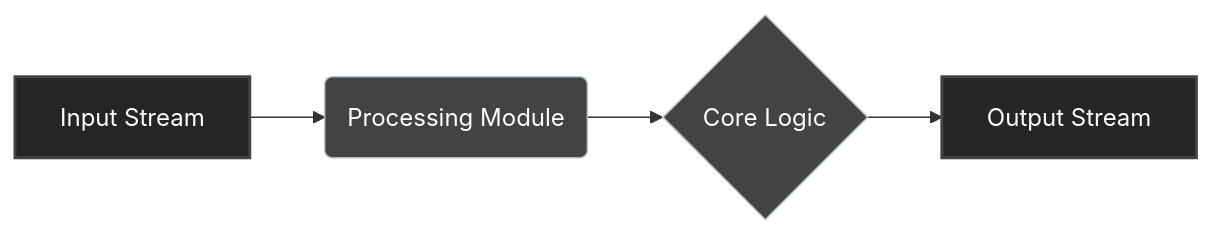
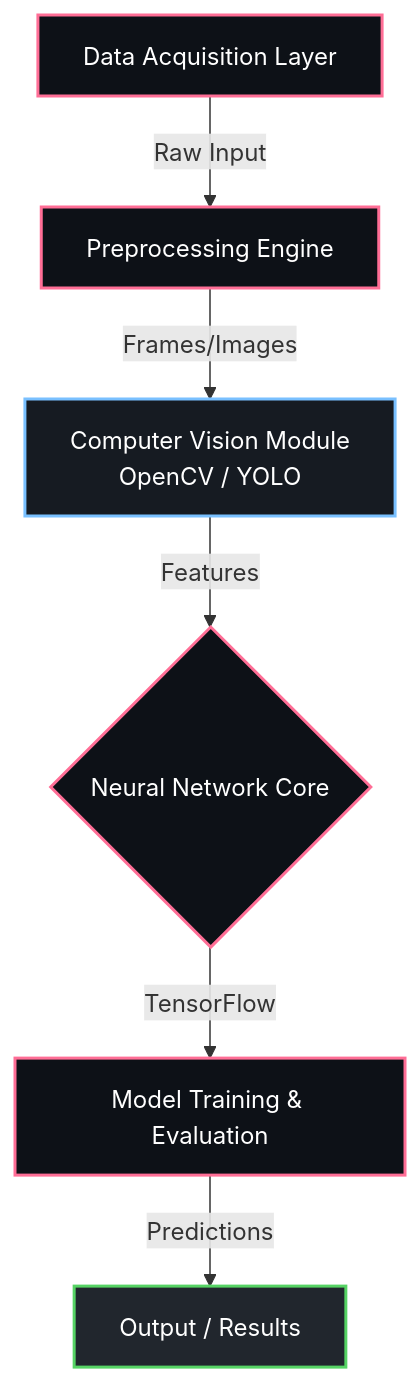
The diagram in README.md (Nytrynox/Gesture-Control-System), drawn with Mermaid before and after one commit. The commit also changed other lines of this file, not shown here.

Commit message:
docs: Deploy analyzed project-specific README with real architecture

````diff
--- a/README.md
+++ b/README.md
@@ -31,12 +30,16 @@
 ```mermaid
-graph LR;
-    A[Input Stream] --> B(Processing Module);
-    B --> C{Core Logic};
-    C --> D[Output Stream];
-    
-    classDef primary fill:#232526,stroke:#414345,stroke-width:2px,color:#fff;
-    classDef secondary fill:#414345,stroke:#b0bec5,stroke-width:1px,color:#fff;
-    
-    class A,D primary;
-    class B,C secondary;
+graph TD;
+    A["Data Acquisition Layer"] -->|Raw Input| B["Preprocessing Engine"];
+    B -->|Frames/Images| C["Computer Vision Module<br/>OpenCV / YOLO"];
+    C -->|Features| D{"Neural Network Core"};
+    D -->|TensorFlow| E["Model Training & Evaluation"];
+    E -->|Predictions| F["Output / Results"];
+
+    classDef ml fill:#0d1117,stroke:#ff6e96,stroke-width:2px,color:#fff;
+    classDef cv fill:#161b22,stroke:#79c0ff,stroke-width:2px,color:#fff;
+    classDef web fill:#21262d,stroke:#56d364,stroke-width:2px,color:#fff;
+    class A,B ml;
+    class C cv;
+    class D,E ml;
+    class F,G web;
 ```
````
